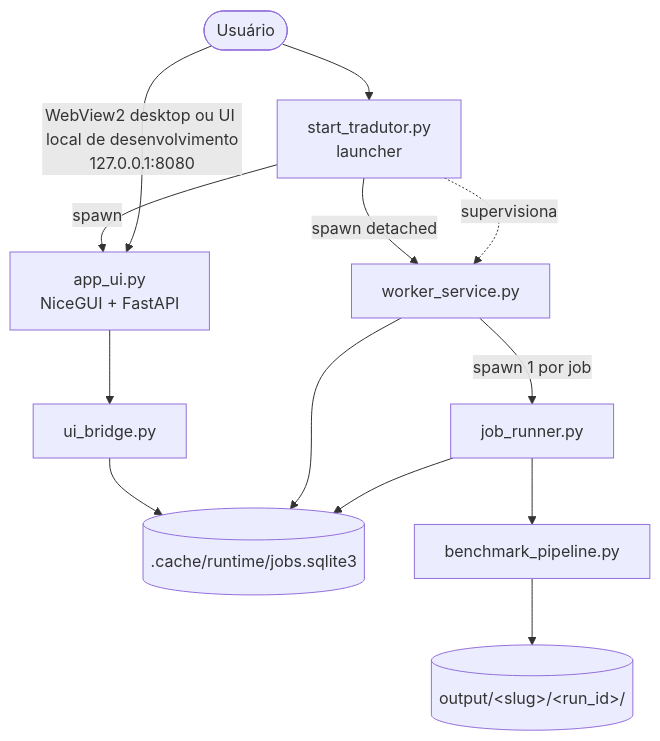
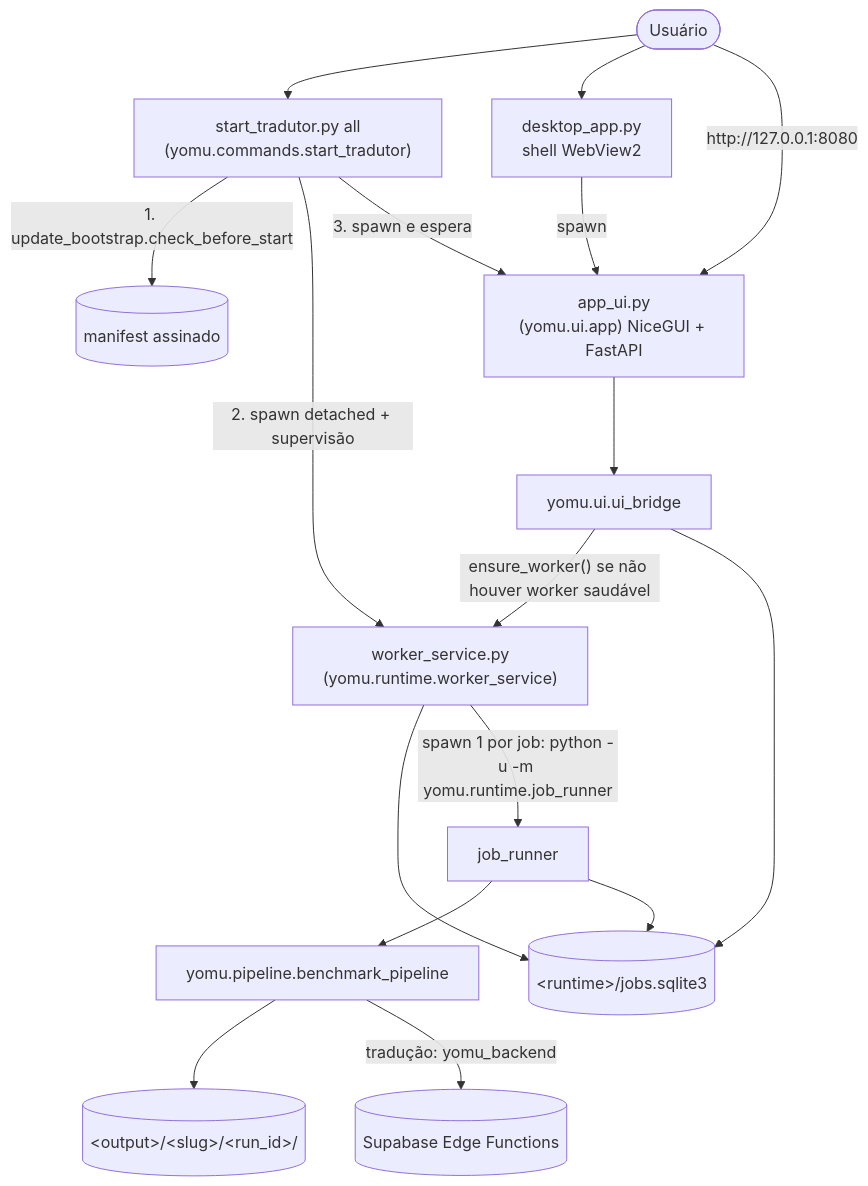
One commit to HenriquePvAr/Yomu-Sekai changed the first of 13 diagrams in docs/technical/DOCUMENTACAO_TECNICA.md. Above: the diagram before and after it, drawn with Mermaid. The commit also changed other lines of this file and 78 other files, not shown here.

````diff
--- a/docs/technical/DOCUMENTACAO_TECNICA.md
+++ b/docs/technical/DOCUMENTACAO_TECNICA.md
@@ -156,15 +172,19 @@
 ```mermaid
 flowchart TD
-    U([Usuário]) --> L[start_tradutor.py<br/>launcher]
-    L -->|spawn detached| W[worker_service.py]
-    L -->|spawn| UI[app_ui.py<br/>NiceGUI + FastAPI]
-    L -. supervisiona .-> W
-    U -->|WebView2 desktop ou UI local de desenvolvimento<br/>127.0.0.1:8080| UI
-    UI --> B[ui_bridge.py]
-    B --> DB[(.cache/runtime/jobs.sqlite3)]
+    U([Usuário]) --> L["start_tradutor.py all<br/>(yomu.commands.start_tradutor)"]
+    U --> D["desktop_app.py<br/>shell WebView2"]
+    L -->|"1. update_bootstrap.check_before_start"| UPD[(manifest assinado)]
+    L -->|"2. spawn detached + supervisão"| W["worker_service.py<br/>(yomu.runtime.worker_service)"]
+    L -->|"3. spawn e espera"| UI["app_ui.py<br/>(yomu.ui.app) NiceGUI + FastAPI"]
+    D -->|spawn| UI
+    U -->|"http://127.0.0.1:8080"| UI
+    UI --> B["yomu.ui.ui_bridge"]
+    B -->|"ensure_worker() se não houver worker saudável"| W
+    B --> DB[("&lt;runtime&gt;/jobs.sqlite3")]
     W --> DB
-    W -->|spawn 1 por job| R[job_runner.py]
-    R --> P[benchmark_pipeline.py]
-    P --> O[(output/&lt;slug&gt;/&lt;run_id&gt;/)]
+    W -->|"spawn 1 por job: python -u -m yomu.runtime.job_runner"| R[job_runner]
+    R --> P["yomu.pipeline.benchmark_pipeline"]
+    P --> O[("&lt;output&gt;/&lt;slug&gt;/&lt;run_id&gt;/")]
+    P -->|"tradução: yomu_backend"| SB[(Supabase Edge Functions)]
     R --> DB
 ```
````
